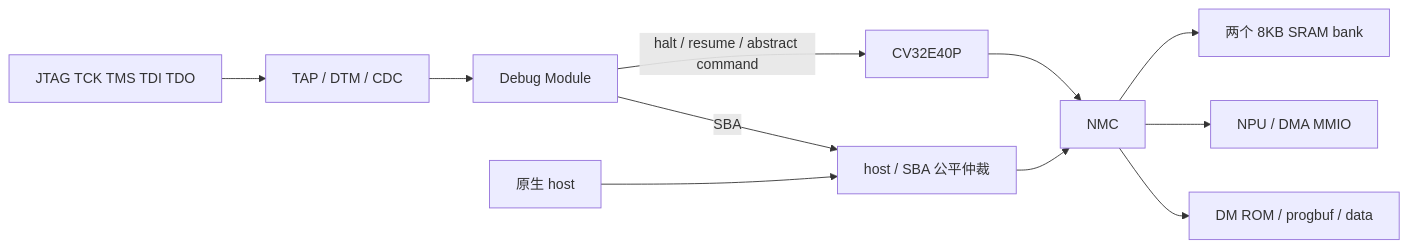
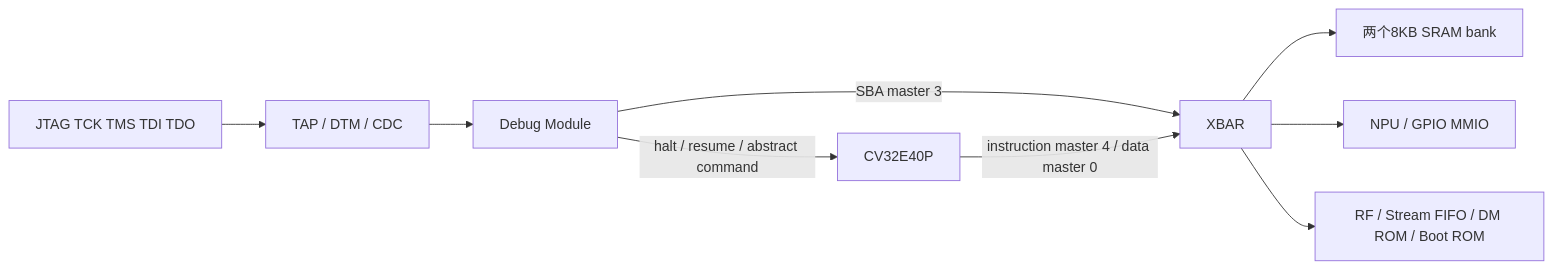
The diagram in npu/docs/jtag.md (CatalpaEel/mynpu), drawn with Mermaid before and after one commit. The commit also changed other lines of this file and 77 other files, not shown here.

First line of the commit message:
Unify SoC access through JTAG SBA and add GPIO8

````diff
--- a/npu/docs/jtag.md
+++ b/npu/docs/jtag.md
@@ -8,13 +8,11 @@
 ```mermaid
 flowchart LR
   J[JTAG TCK TMS TDI TDO] --> T[TAP / DTM / CDC]
   T --> D[Debug Module]
   D -->|halt / resume / abstract command| C[CV32E40P]
-  D -->|SBA| A[host / SBA 公平仲裁]
-  H[原生 host] --> A
-  A --> N[NMC]
-  C --> N
-  N --> S[两个 8KB SRAM bank]
-  N --> M[NPU / DMA MMIO]
-  N --> R[DM ROM / progbuf / data]
+  D -->|SBA master 3| X[XBAR]
+  C -->|instruction master 4 / data master 0| X
+  X --> S[两个8KB SRAM bank]
+  X --> M[NPU / GPIO MMIO]
+  X --> R[RF / Stream FIFO / DM ROM / Boot ROM]
 ```
````
